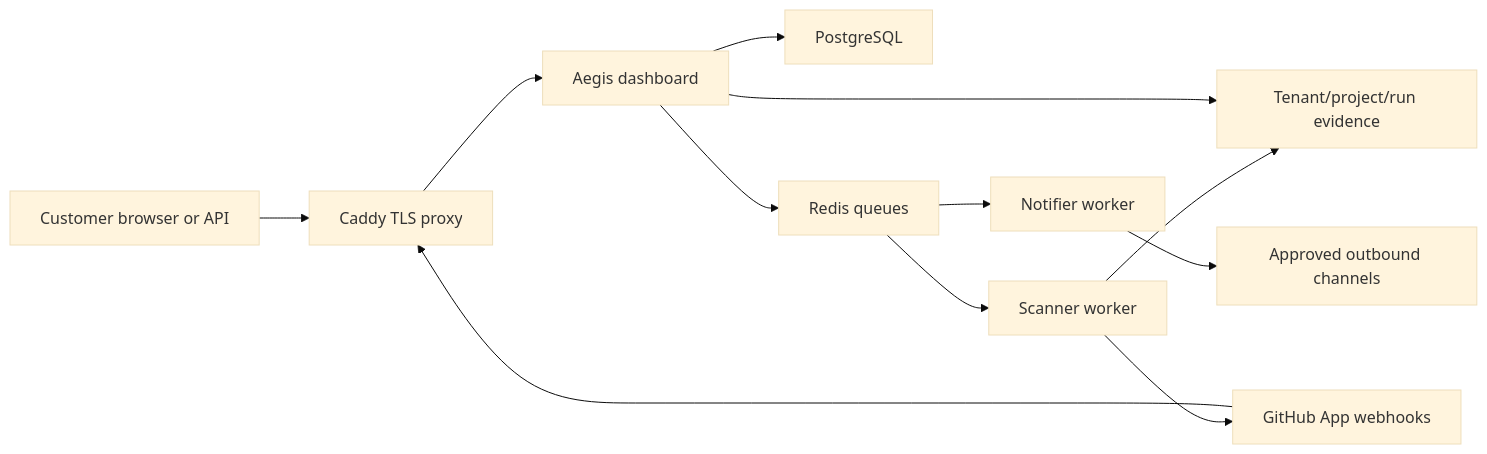
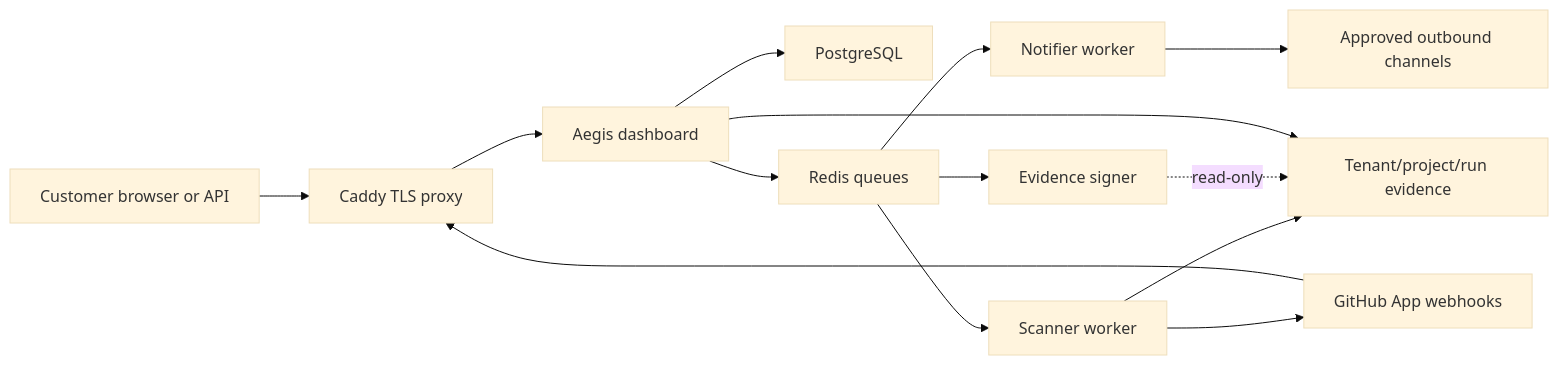
One commit to huslenine999/aegis changed the diagram in docs/ARCHITECTURE.md. Above: the diagram before and after it, drawn with Mermaid (base theme). The commit also changed other lines of this file and 20 other files, not shown here.

````diff
--- a/docs/ARCHITECTURE.md
+++ b/docs/ARCHITECTURE.md
@@ -34,14 +34,16 @@
 ```mermaid
 flowchart LR
   U["Customer browser or API"] --> P["Caddy TLS proxy"]
   G["GitHub App webhooks"] --> P
   P --> D["Aegis dashboard"]
   D --> DB["PostgreSQL"]
   D --> R["Redis queues"]
   R --> W["Scanner worker"]
   R --> N["Notifier worker"]
+  R --> S["Evidence signer"]
   W --> A["Tenant/project/run evidence"]
+  S -. read-only .-> A
   W --> G
   N --> O["Approved outbound channels"]
   D --> A
 ```
````
